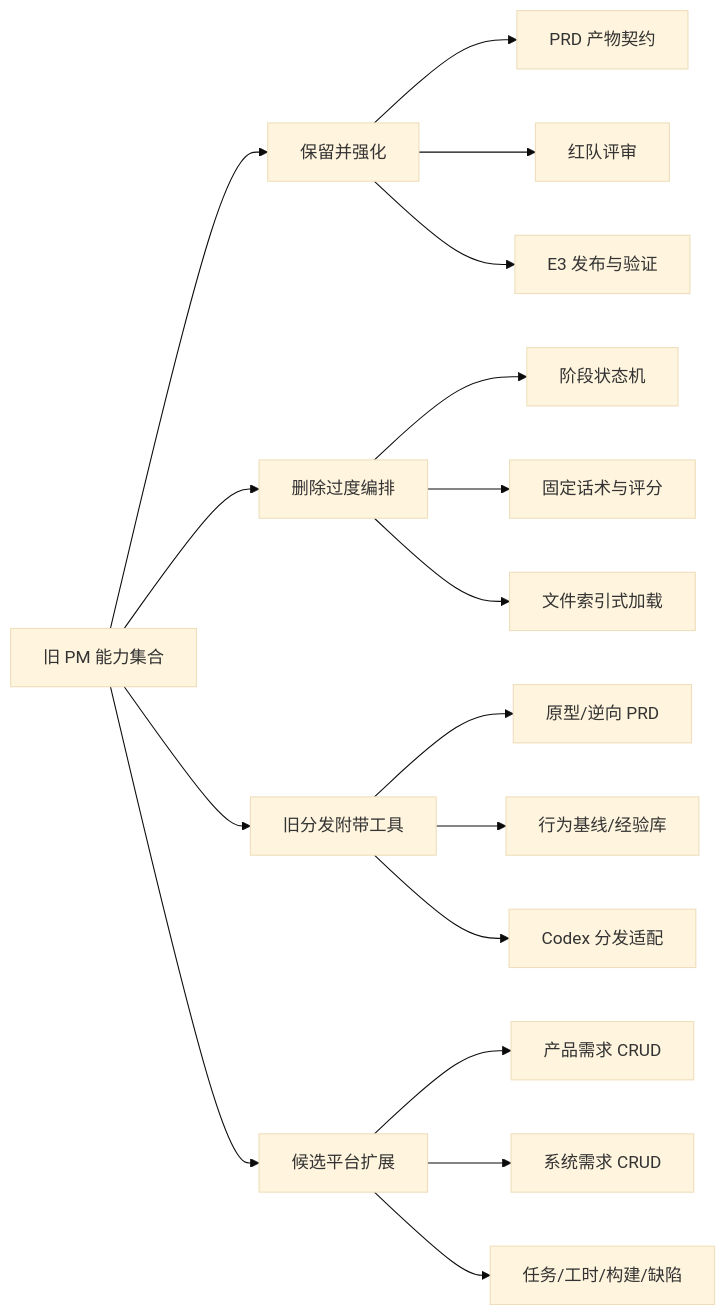
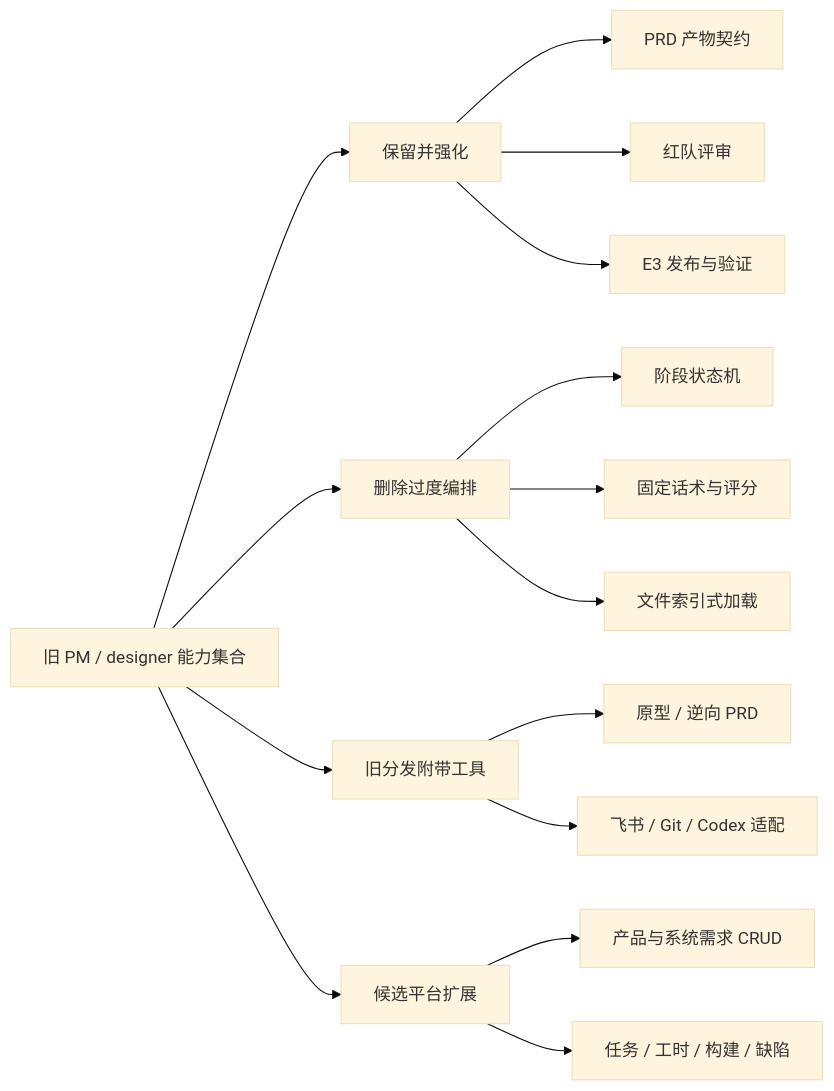
The fourth of 4 diagrams in migration.md (quanxinwang18-a11y/plainOEC-infra), drawn with Mermaid (base theme) before and after one commit. The commit also changed other lines of this file, not shown here.

````diff
--- a/migration.md
+++ b/migration.md
@@ -440,23 +600,18 @@
 ```mermaid
 flowchart LR
-    OLD["旧 PM 能力集合"] --> KEEP["保留并强化"]
+    OLD["旧 PM / designer 能力集合"] --> KEEP["保留并强化"]
     OLD --> REMOVE["删除过度编排"]
     OLD --> BUNDLED["旧分发附带工具"]
     OLD --> PLATFORM["候选平台扩展"]
 
     KEEP --> K1["PRD 产物契约"]
     KEEP --> K2["红队评审"]
     KEEP --> K3["E3 发布与验证"]
-
     REMOVE --> R1["阶段状态机"]
     REMOVE --> R2["固定话术与评分"]
     REMOVE --> R3["文件索引式加载"]
-
-    BUNDLED --> B1["原型/逆向 PRD"]
-    BUNDLED --> B2["行为基线/经验库"]
-    BUNDLED --> B3["Codex 分发适配"]
-
-    PLATFORM --> P1["产品需求 CRUD"]
-    PLATFORM --> P2["系统需求 CRUD"]
-    PLATFORM --> P3["任务/工时/构建/缺陷"]
+    BUNDLED --> B1["原型 / 逆向 PRD"]
+    BUNDLED --> B2["飞书 / Git / Codex 适配"]
+    PLATFORM --> P1["产品与系统需求 CRUD"]
+    PLATFORM --> P2["任务 / 工时 / 构建 / 缺陷"]
 ```
````
